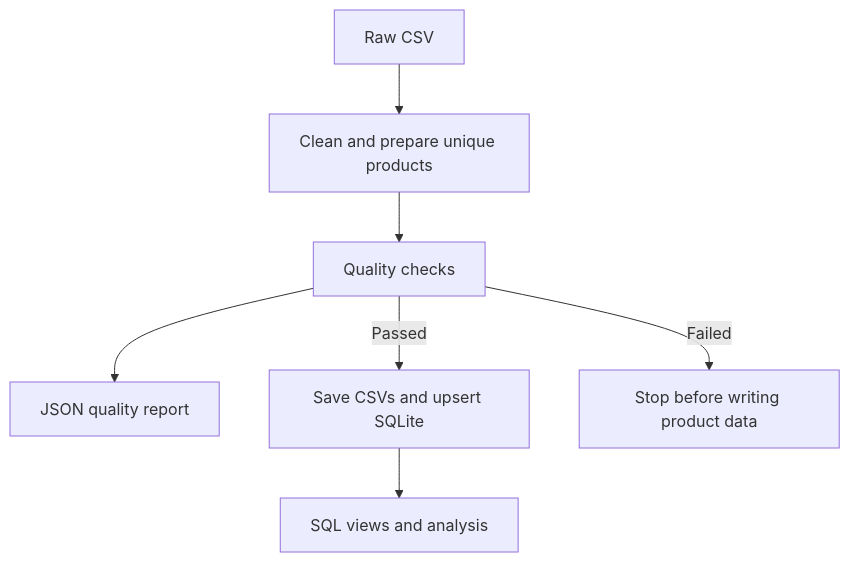
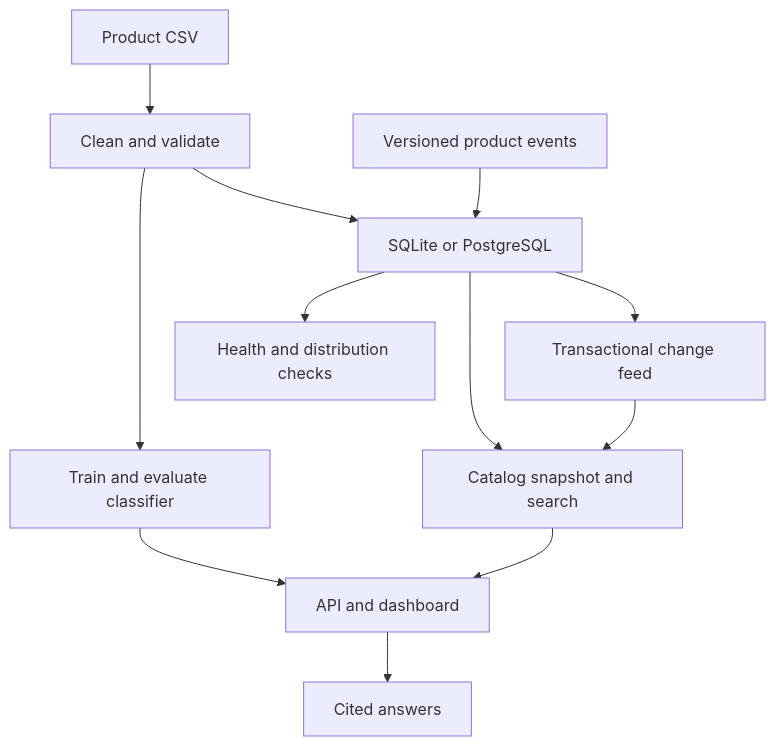
The diagram in README.md (Abdulwahab-Alnassar/product-data-platform), drawn with Mermaid before and after one commit. The commit also changed other lines of this file and 57 other files, not shown here.

Commit message:
Complete six-month platform: ML, API, retrieval, events and operations

````diff
--- a/README.md
+++ b/README.md
@@ -102,9 +74,14 @@
 ```mermaid
 flowchart TD
-    A["Raw CSV"] --> B["Clean and prepare unique products"]
-    B --> C["Quality checks"]
-    C --> D["JSON quality report"]
-    C -->|Passed| E["Save CSVs and upsert SQLite"]
-    C -->|Failed| F["Stop before writing product data"]
-    E --> G["SQL views and analysis"]
+    CSV["Product CSV"] --> ETL["Clean and validate"]
+    ETL --> DB["SQLite or PostgreSQL"]
+    ETL --> ML["Train and evaluate classifier"]
+    Events["Versioned product events"] --> DB
+    DB --> Feed["Transactional change feed"]
+    DB --> Search["Catalog snapshot and search"]
+    Feed --> Search
+    Search --> API["API and dashboard"]
+    ML --> API
+    API --> QA["Cited answers"]
+    DB --> Monitor["Health and distribution checks"]
 ```
````
